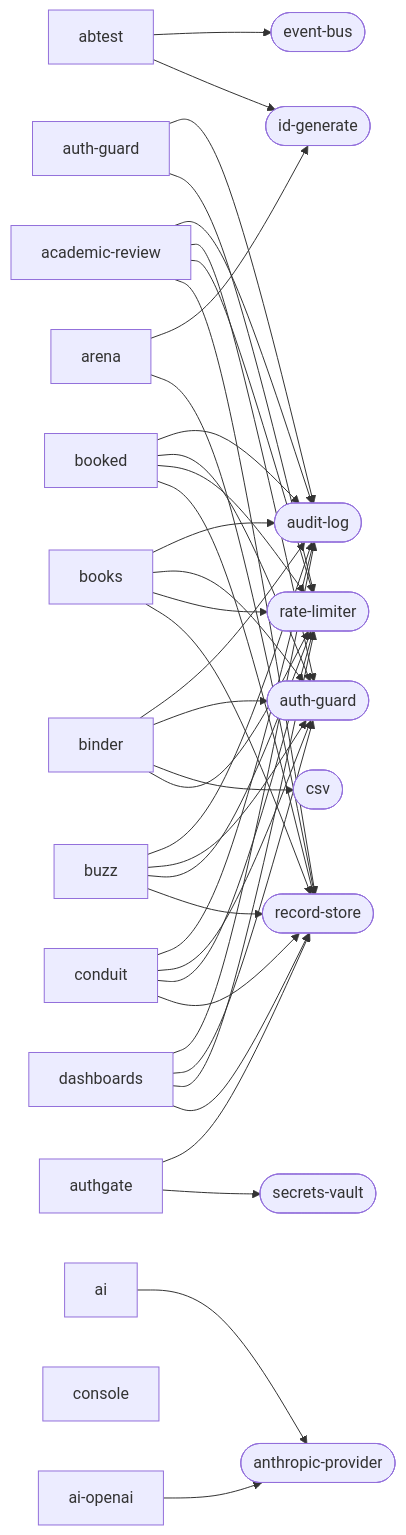
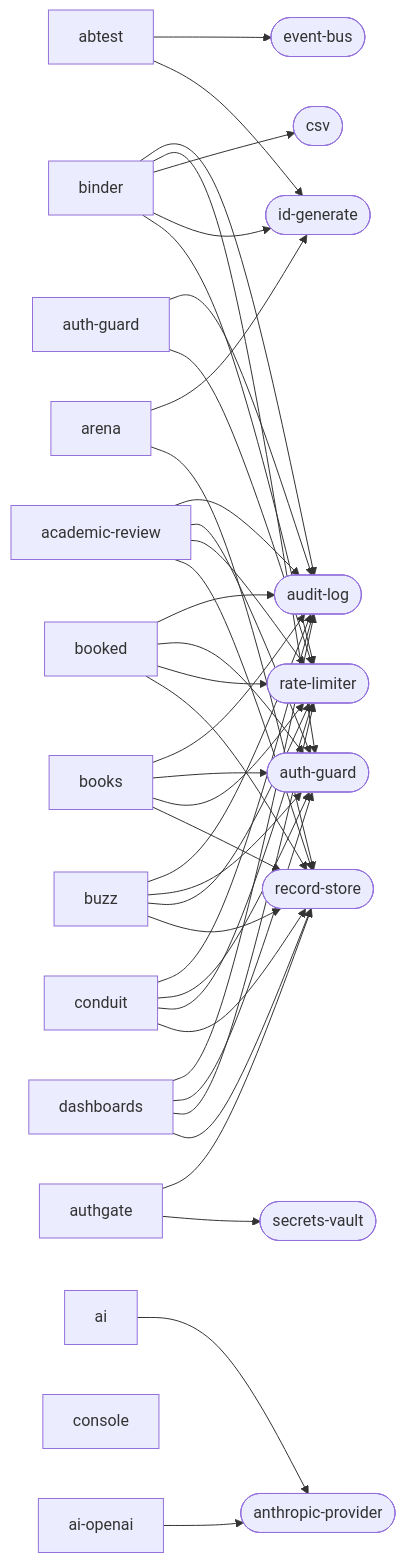
One commit to markkovari/holon changed the second of 2 diagrams in docs/CAPABILITY-GRAPH.md. Above: the diagram before and after it, drawn with Mermaid. The commit also changed other lines of this file and 14 other files, not shown here.

First line of the commit message:
feat(fitness): the gate is a graph, and a swap is four events

````diff
--- a/docs/CAPABILITY-GRAPH.md
+++ b/docs/CAPABILITY-GRAPH.md
@@ -317,55 +317,56 @@
 ```mermaid
 graph LR
   app_abtest["abtest"]
   app_abtest --> event_bus([event-bus])
   app_abtest --> id_generate([id-generate])
   app_academic_review["academic-review"]
   app_academic_review --> audit_log([audit-log])
   app_academic_review --> auth_guard([auth-guard])
   app_academic_review --> rate_limiter([rate-limiter])
   app_academic_review --> record_store([record-store])
   app_ai["ai"]
   app_ai --> anthropic_provider([anthropic-provider])
   app_ai_openai["ai-openai"]
   app_ai_openai --> anthropic_provider([anthropic-provider])
   app_arena["arena"]
   app_arena --> id_generate([id-generate])
   app_arena --> record_store([record-store])
   app_auth_guard["auth-guard"]
   app_auth_guard --> audit_log([audit-log])
   app_auth_guard --> rate_limiter([rate-limiter])
   app_authgate["authgate"]
   app_authgate --> record_store([record-store])
   app_authgate --> secrets_vault([secrets-vault])
   app_binder["binder"]
   app_binder --> audit_log([audit-log])
   app_binder --> auth_guard([auth-guard])
   app_binder --> csv([csv])
+  app_binder --> id_generate([id-generate])
   app_binder --> rate_limiter([rate-limiter])
   app_booked["booked"]
   app_booked --> audit_log([audit-log])
   app_booked --> auth_guard([auth-guard])
   app_booked --> rate_limiter([rate-limiter])
   app_booked --> record_store([record-store])
   app_books["books"]
   app_books --> audit_log([audit-log])
   app_books --> auth_guard([auth-guard])
   app_books --> rate_limiter([rate-limiter])
   app_books --> record_store([record-store])
   app_buzz["buzz"]
   app_buzz --> audit_log([audit-log])
   app_buzz --> auth_guard([auth-guard])
   app_buzz --> rate_limiter([rate-limiter])
   app_buzz --> record_store([record-store])
   app_conduit["conduit"]
   app_conduit --> audit_log([audit-log])
   app_conduit --> auth_guard([auth-guard])
   app_conduit --> rate_limiter([rate-limiter])
   app_conduit --> record_store([record-store])
   app_console["console"]
   app_dashboards["dashboards"]
   app_dashboards --> audit_log([audit-log])
   app_dashboards --> auth_guard([auth-guard])
   app_dashboards --> rate_limiter([rate-limiter])
   app_dashboards --> record_store([record-store])
 ```
````
